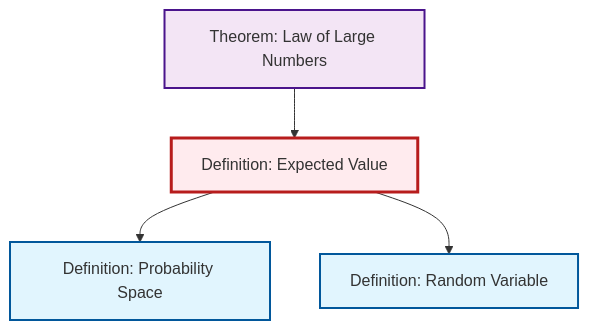
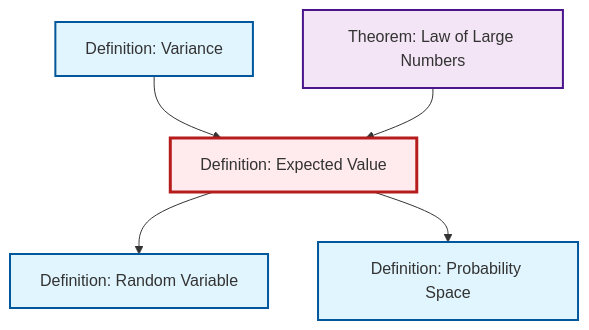
The second of 2 diagrams in content/ja/probability-statistics/def-expectation.qmd (RK0429/ModernMath), drawn with Mermaid before and after one commit. The commit also changed 474 other files, not shown here.

````diff
--- a/content/ja/probability-statistics/def-expectation.qmd
+++ b/content/ja/probability-statistics/def-expectation.qmd
@@ -82,20 +82,23 @@
 ```{mermaid}
 %%| fig-cap: "Local dependency graph"
 graph TD
     classDef definition fill:#e1f5fe,stroke:#01579b,stroke-width:2px
     classDef theorem fill:#f3e5f5,stroke:#4a148c,stroke-width:2px
     classDef axiom fill:#fff3e0,stroke:#e65100,stroke-width:2px
     classDef example fill:#e8f5e9,stroke:#1b5e20,stroke-width:2px
     classDef current fill:#ffebee,stroke:#b71c1c,stroke-width:3px
+    thm-law-of-large-numbers["Theorem: Law of Large Numbers"]:::theorem
+    def-expectation["Definition: Expected Value"]:::definition
     def-random-variable["Definition: Random Variable"]:::definition
     def-probability-space["Definition: Probability Space"]:::definition
-    thm-law-of-large-numbers["Theorem: Law of Large Numbers"]:::theorem
-    def-expectation["Definition: Expected Value"]:::definition
+    def-variance["Definition: Variance"]:::definition
+    def-expectation --> def-random-variable
+    def-variance --> def-expectation
     thm-law-of-large-numbers --> def-expectation
     def-expectation --> def-probability-space
-    def-expectation --> def-random-variable
     class def-expectation current
+    click thm-law-of-large-numbers "thm-law-of-large-numbers.html" "Theorem: Law of Large Numbersへ"
     click def-random-variable "def-random-variable.html" "Definition: Random Variableへ"
     click def-probability-space "def-probability-space.html" "Definition: Probability Spaceへ"
-    click thm-law-of-large-numbers "thm-law-of-large-numbers.html" "Theorem: Law of Large Numbersへ"
+    click def-variance "def-variance.html" "Definition: Varianceへ"
 ```
````
